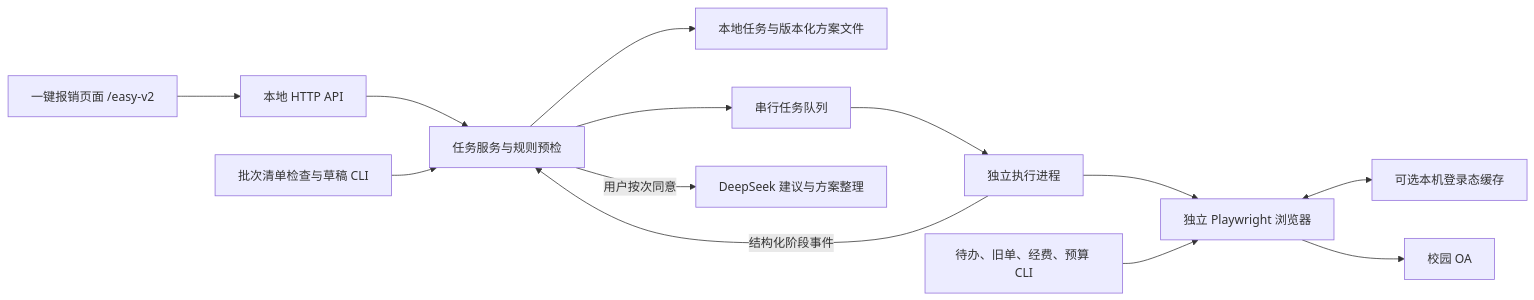
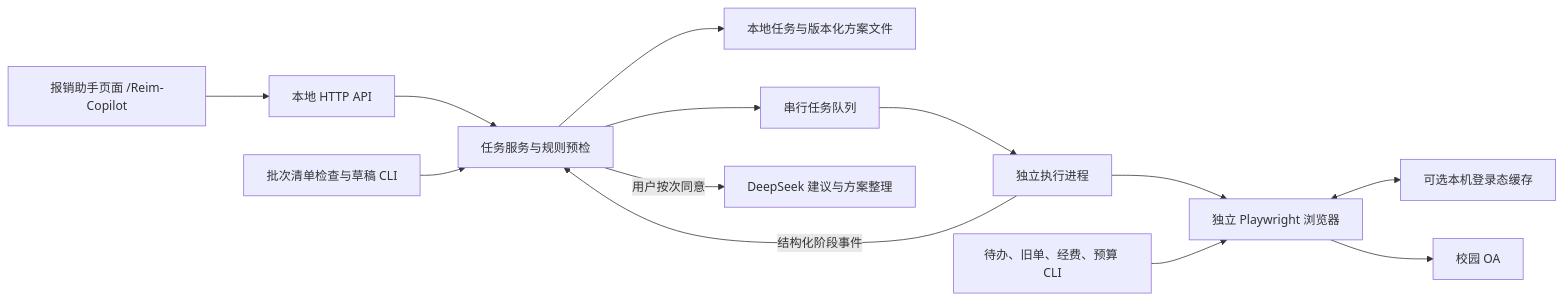
One commit to Shengwei-Zhang/Shanghaitech_Auto_Reimbursement changed the first of 2 diagrams in docs/architecture.md. Above: the diagram before and after it, drawn with Mermaid. The commit also changed 14 other files, not shown here.

````diff
--- a/docs/architecture.md
+++ b/docs/architecture.md
@@ -9,15 +9,15 @@
 ```mermaid
 flowchart LR
-  Web[一键报销页面 /easy-v2] --> API[本地 HTTP API]
+  Web[报销助手页面 /Reim-Copilot] --> API[本地 HTTP API]
   API --> Service[任务服务与规则预检]
   Batch[批次清单检查与草稿 CLI] --> Service
   Service --> Store[本地任务与版本化方案文件]
   Service --> Queue[串行任务队列]
   Queue --> Worker[独立执行进程]
   Worker --> Browser[独立 Playwright 浏览器]
   Queries[待办、旧单、经费、预算 CLI] --> Browser
   Browser <--> Session[可选本机登录态缓存]
   Browser --> OA[校园 OA]
   Worker -->|结构化阶段事件| Service
   Service -->|用户按次同意| DS[DeepSeek 建议与方案整理]
 ```
````
